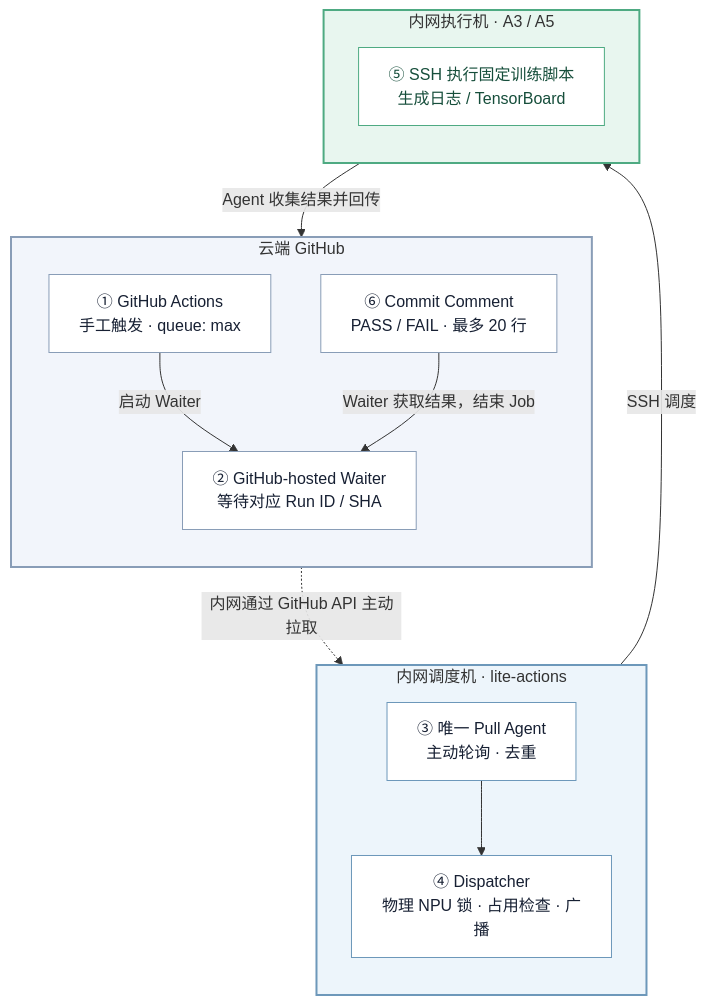
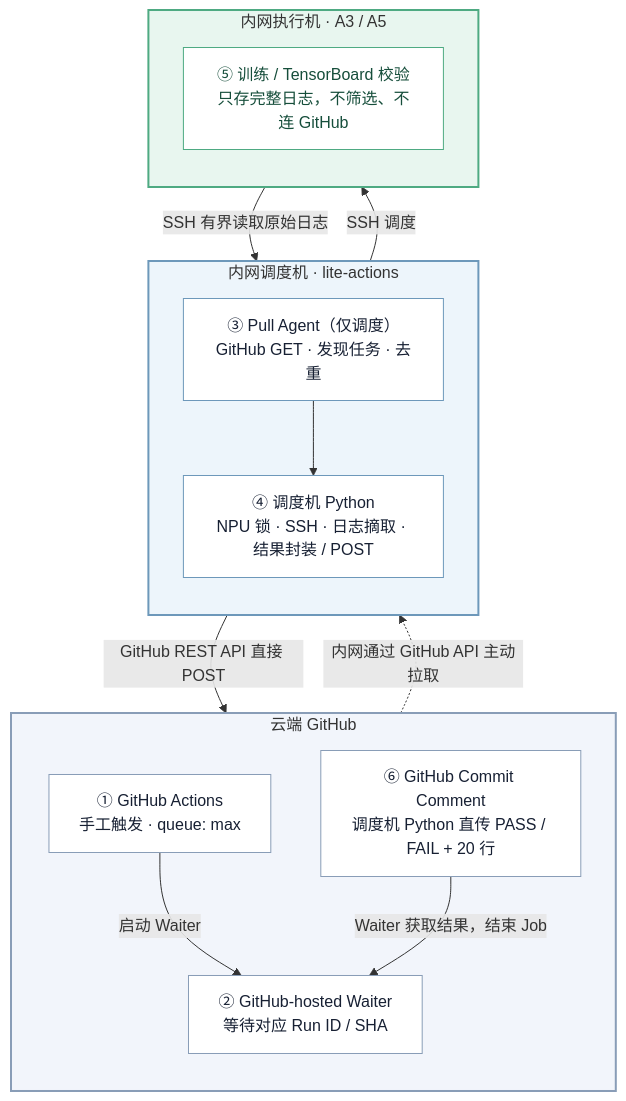
One commit to depeng1994/lite-actions changed the second of 2 diagrams in README.md. Above: the diagram before and after it, drawn with Mermaid. The commit also changed other lines of this file and 15 other files, not shown here.

Commit message:
refactor: centralize CI log selection and GitHub reporting in dispatcher

````diff
--- a/README.md
+++ b/README.md
@@ -25,37 +25,38 @@
 ```mermaid
 flowchart TB
     subgraph GH["云端 GitHub"]
         direction TB
         W["① GitHub Actions<br/>手工触发 · queue: max"]
         H["② GitHub-hosted Waiter<br/>等待对应 Run ID / SHA"]
-        C["⑥ Commit Comment<br/>PASS / FAIL · 最多 20 行"]
+        C["⑥ GitHub Commit Comment<br/>调度机 Python 直传 PASS / FAIL + 20 行"]
     end
 
     subgraph DIS["内网调度机 · lite-actions"]
         direction TB
-        A["③ 唯一 Pull Agent<br/>主动轮询 · 去重"]
-        D["④ Dispatcher<br/>物理 NPU 锁 · 占用检查 · 广播"]
+        A["③ Pull Agent（仅调度）<br/>GitHub GET · 发现任务 · 去重"]
+        D["④ 调度机 Python<br/>NPU 锁 · SSH · 日志摘取 · 结果封装 / POST"]
     end
 
     subgraph EX["内网执行机 · A3 / A5"]
         direction TB
-        X["⑤ SSH 执行固定训练脚本<br/>生成日志 / TensorBoard"]
+        X["⑤ 训练 / TensorBoard 校验<br/>只存完整日志，不筛选、不连 GitHub"]
     end
 
     W -->|"启动 Waiter"| H
     W -.->|"内网通过 GitHub API 主动拉取"| A
     A --> D
     D -->|"SSH 调度"| X
-    X -->|"Agent 收集结果并回传"| C
+    X -->|"SSH 有界读取原始日志"| D
+    D -->|"GitHub REST API 直接 POST"| C
     C -->|"Waiter 获取结果，结束 Job"| H
 
     style GH fill:#f2f5fb,stroke:#899db7,stroke-width:2px
     style DIS fill:#edf5fb,stroke:#6d98ba,stroke-width:2px
     style EX fill:#e8f6ef,stroke:#4eaa82,stroke-width:2px
     classDef cloud fill:#ffffff,stroke:#899db7,color:#172033
     classDef dispatch fill:#ffffff,stroke:#6d98ba,color:#172033
     classDef execution fill:#ffffff,stroke:#4eaa82,color:#164e3b
     class W,H,C cloud
     class A,D dispatch
     class X execution
 ```
````
